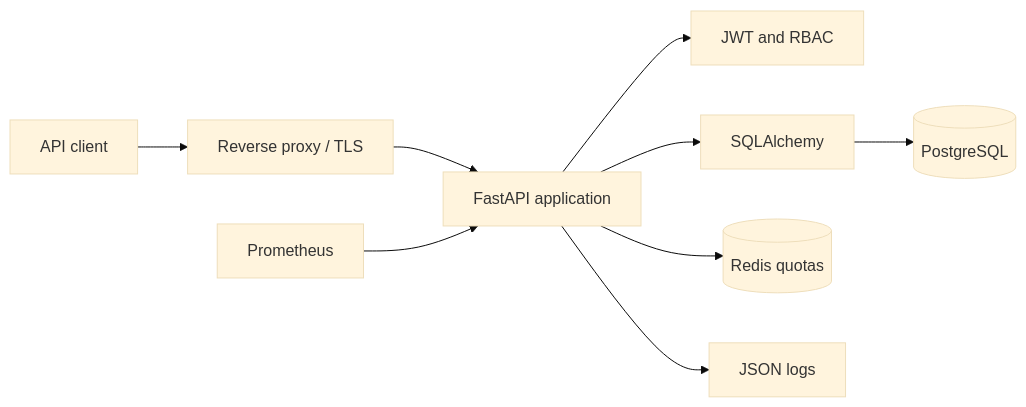
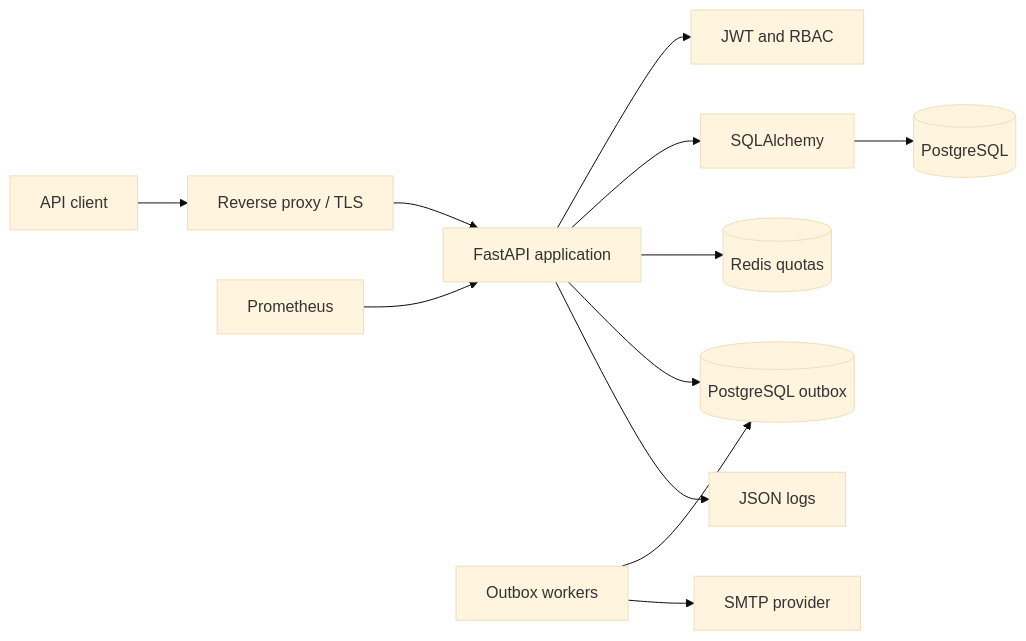
One commit to HoungDev/fastapi-production-api changed the diagram in README.md. Above: the diagram before and after it, drawn with Mermaid (base theme). The commit also changed other lines of this file and 33 other files, not shown here.

Commit message:
feat: add transactional outbox workers (#29)

````diff
--- a/README.md
+++ b/README.md
@@ -118,11 +119,14 @@
 ```mermaid
 flowchart LR
     Client["API client"] --> Proxy["Reverse proxy / TLS"]
     Proxy --> API["FastAPI application"]
     API --> Auth["JWT and RBAC"]
     API --> DB["SQLAlchemy"]
     DB --> Postgres[("PostgreSQL")]
     API --> Redis[("Redis quotas")]
+    API --> Outbox[("PostgreSQL outbox")]
+    Worker["Outbox workers"] --> Outbox
+    Worker --> SMTP["SMTP provider"]
     API --> Logs["JSON logs"]
     Monitor["Prometheus"] --> API
 ```
````
